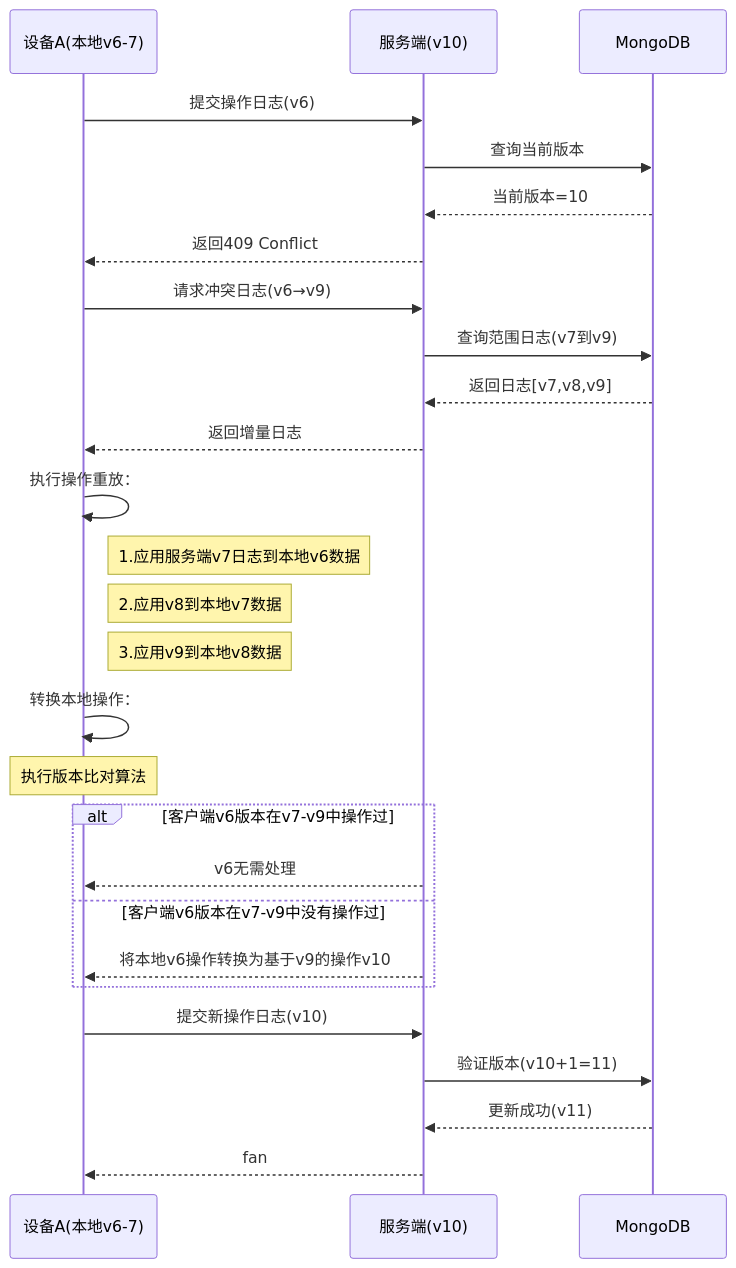
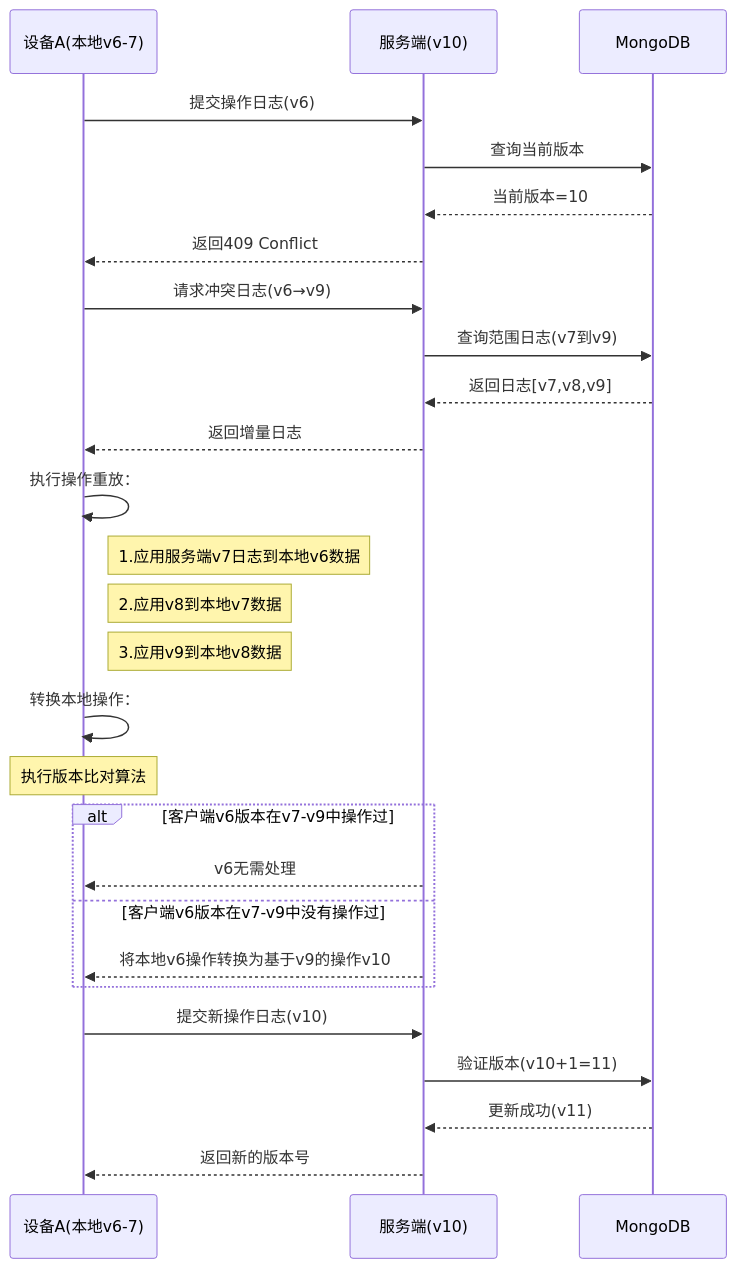
The diagram in all/未命名-26.md (yingjianzh/iodraw-files), drawn with Mermaid before and after one commit.

Commit message:
2025-02-26 17:02:53 update

````diff
--- a/all/未命名-26.md
+++ b/all/未命名-26.md
@@ -1,42 +1,42 @@
 ```mermaid
 sequenceDiagram
     participant A as 设备A(本地v6-7)
     participant S as 服务端(v10)
     participant DB as MongoDB
 
     %% 初始同步尝试
     A->>S: 提交操作日志(v6)
     S->>DB: 查询当前版本
     DB-->>S: 当前版本=10
     S-->>A: 返回409 Conflict
 
     %% 冲突解决阶段
     A->>S: 请求冲突日志(v6→v9)
     S->>DB: 查询范围日志(v7到v9)
     DB-->>S: 返回日志[v7,v8,v9]
     S-->>A: 返回增量日志
 
 
     %% 本地数据重建
     A->>A: 执行操作重放：
     note right of A: 1.应用服务端v7日志到本地v6数据
     note right of A: 2.应用v8到本地v7数据
     note right of A: 3.应用v9到本地v8数据
 
     %% 本地操作转换
     A->>A: 转换本地操作：
     Note over A: 执行版本比对算法
     alt 客户端v6版本在v7-v9中操作过
         S-->>A: v6无需处理
     else 客户端v6版本在v7-v9中没有操作过
         S-->>A: 将本地v6操作转换为基于v9的操作v10
     end
 
     %% 重新提交
     A->>S: 提交新操作日志(v10)
     S->>DB: 验证版本(v10+1=11)
     DB-->>S: 更新成功(v11)
-    S-->>A: fan
+    S-->>A: 返回新的版本号
 
     
 ```
````
